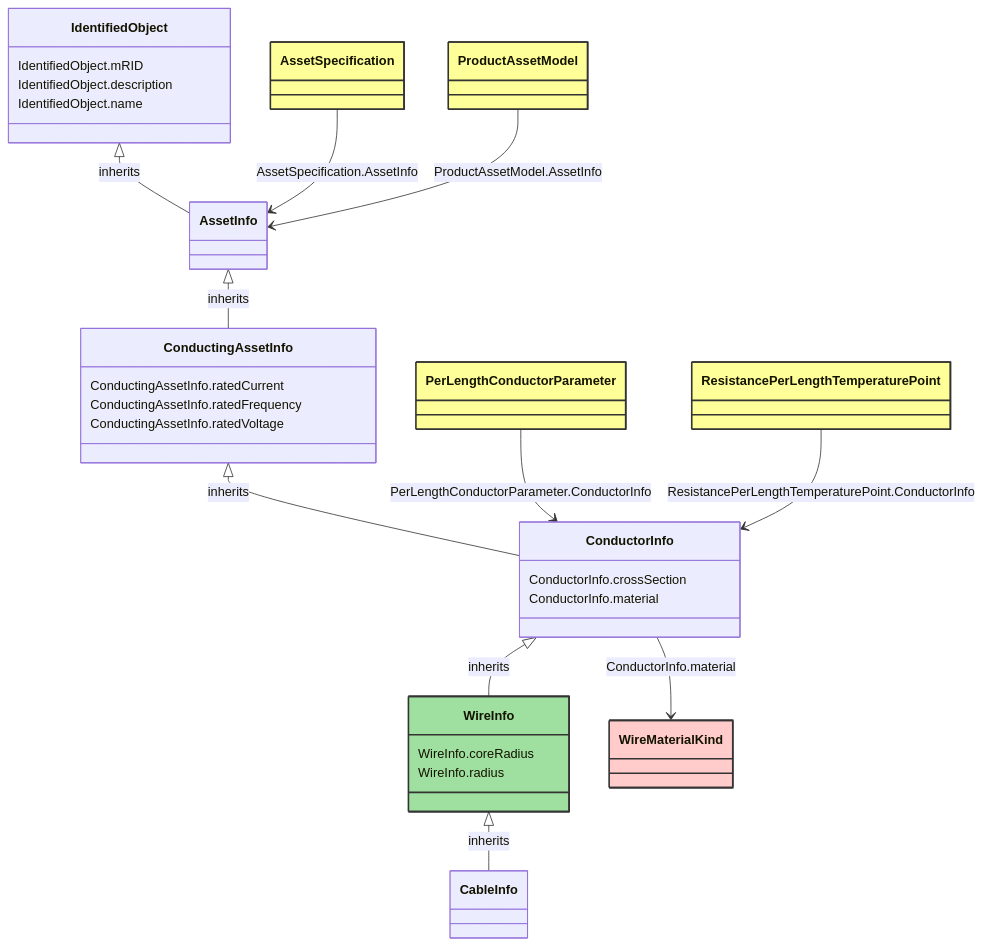
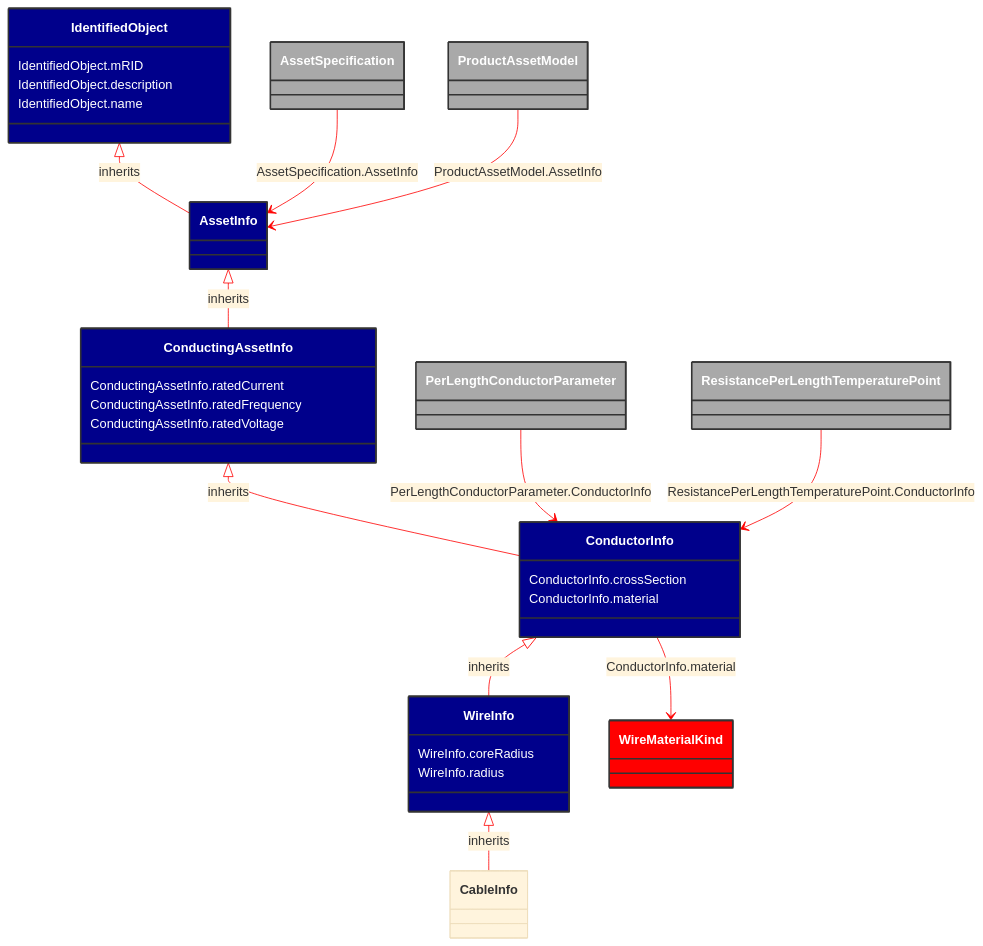
The diagram in docs/Models/Profiles/SubseaCableInfo/AbstractClasses/WireInfo.md (3lbits/NoCIMExtensions), drawn with Mermaid before and after one commit. The commit also changed 58 other files, not shown here.

````diff
--- a/docs/Models/Profiles/SubseaCableInfo/AbstractClasses/WireInfo.md
+++ b/docs/Models/Profiles/SubseaCableInfo/AbstractClasses/WireInfo.md
@@ -10,72 +10,73 @@
 ```mermaid
+%%{init: {'theme':'base','themeVariables': {'lineColor': '#FF0000'}}}%%
 classDiagram
     class WireInfo
     click WireInfo href "/Models/Profiles/SubseaCableInfo/AbstractClasses/WireInfo/"
-    style WireInfo fill:#9fdf9f,stroke:#333,stroke-width:2px,rx:10,ry:10
+    style WireInfo fill:#006400,stroke:#333,stroke-width:2px,rx:10,ry:10,color:white
 
         WireInfo <|-- CableInfo : inherits
             click WireInfo href "/Models/Profiles/SubseaCableInfo/AbstractClasses/WireInfo/"
-            style WireInfo rx:10,ry:10
+            style WireInfo fill:#00008B,stroke:#333,stroke-width:2px,rx:10,ry:10,color:white
 
         CableInfo
             click CableInfo href "/Models/Profiles/SubseaCableInfo/ConcreteClasses/CableInfo/"
-            style CableInfo rx:10,ry:10
+            style WireInfo fill:#00008B,stroke:#333,stroke-width:2px,rx:10,ry:10,color:white
 
         ConductorInfo <|-- WireInfo : inherits
             click ConductorInfo href "/Models/Profiles/SubseaCableInfo/AbstractClasses/ConductorInfo/"
-            style ConductorInfo rx:10,ry:10
+            style ConductorInfo fill:#00008B,stroke:#333,stroke-width:2px,rx:10,ry:10,color:white
 
         ConductingAssetInfo <|-- ConductorInfo : inherits
             click ConductingAssetInfo href "/Models/Profiles/SubseaCableInfo/AbstractClasses/ConductingAssetInfo/"
-            style ConductingAssetInfo rx:10,ry:10
+            style ConductingAssetInfo fill:#00008B,stroke:#333,stroke-width:2px,rx:10,ry:10,color:white
 
         AssetInfo <|-- ConductingAssetInfo : inherits
             click AssetInfo href "/Models/Profiles/SubseaCableInfo/AbstractClasses/AssetInfo/"
-            style AssetInfo rx:10,ry:10
+            style AssetInfo fill:#00008B,stroke:#333,stroke-width:2px,rx:10,ry:10,color:white
 
         IdentifiedObject <|-- AssetInfo : inherits
             click IdentifiedObject href "/Models/Profiles/SubseaCableInfo/AbstractClasses/IdentifiedObject/"
-            style IdentifiedObject rx:10,ry:10
+            style IdentifiedObject fill:#00008B,stroke:#333,stroke-width:2px,rx:10,ry:10,color:white
 
 
         AssetSpecification --> AssetInfo : AssetSpecification.AssetInfo
 
         AssetSpecification
             click AssetSpecification href "/Models/Profiles/SubseaCableInfo/ConcreteClasses/AssetSpecification/"
-            style AssetSpecification fill:#ffff99,stroke:#333,stroke-width:2px,rx:10,ry:10
+            style AssetSpecification fill:#A9A9A9,stroke:#333,stroke-width:2px,rx:10,ry:10,color:white
 
         PerLengthConductorParameter --> ConductorInfo : PerLengthConductorParameter.ConductorInfo
 
         PerLengthConductorParameter
             click PerLengthConductorParameter href "/Models/Profiles/SubseaCableInfo/AbstractClasses/PerLengthConductorParameter/"
-            style PerLengthConductorParameter fill:#ffff99,stroke:#333,stroke-width:2px,rx:10,ry:10
+            style PerLengthConductorParameter fill:#A9A9A9,stroke:#333,stroke-width:2px,rx:10,ry:10,color:white
 
         ProductAssetModel --> AssetInfo : ProductAssetModel.AssetInfo
 
         ProductAssetModel
             click ProductAssetModel href "/Models/Profiles/SubseaCableInfo/ConcreteClasses/ProductAssetModel/"
-            style ProductAssetModel fill:#ffff99,stroke:#333,stroke-width:2px,rx:10,ry:10
+            style ProductAssetModel fill:#A9A9A9,stroke:#333,stroke-width:2px,rx:10,ry:10,color:white
 
         ResistancePerLengthTemperaturePoint --> ConductorInfo : ResistancePerLengthTemperaturePoint.ConductorInfo
 
         ResistancePerLengthTemperaturePoint
             click ResistancePerLengthTemperaturePoint href "/Models/Profiles/SubseaCableInfo/ConcreteClasses/ResistancePerLengthTemperaturePoint/"
-            style ResistancePerLengthTemperaturePoint fill:#ffff99,stroke:#333,stroke-width:2px,rx:10,ry:10
+            style ResistancePerLengthTemperaturePoint fill:#A9A9A9,stroke:#333,stroke-width:2px,rx:10,ry:10,color:white
 
         ConductorInfo --> WireMaterialKind : ConductorInfo.material
 
         WireMaterialKind
             click WireMaterialKind href "/Models/Profiles/SubseaCableInfo/Enumerations/WireMaterialKind/"
-            style WireMaterialKind fill:#FFCCCB,stroke:#333,stroke-width:2px,rx:10,ry:10
+            style WireMaterialKind fill:#FF0000,stroke:#333,stroke-width:2px,rx:10,ry:10,color:white
 
         WireInfo : WireInfo.coreRadius
         WireInfo : WireInfo.radius
         ConductorInfo : ConductorInfo.crossSection
         ConductorInfo : ConductorInfo.material
         ConductingAssetInfo : ConductingAssetInfo.ratedCurrent
         ConductingAssetInfo : ConductingAssetInfo.ratedFrequency
         ConductingAssetInfo : ConductingAssetInfo.ratedVoltage
         IdentifiedObject : IdentifiedObject.mRID
         IdentifiedObject : IdentifiedObject.description
         IdentifiedObject : IdentifiedObject.name
 ```
````
